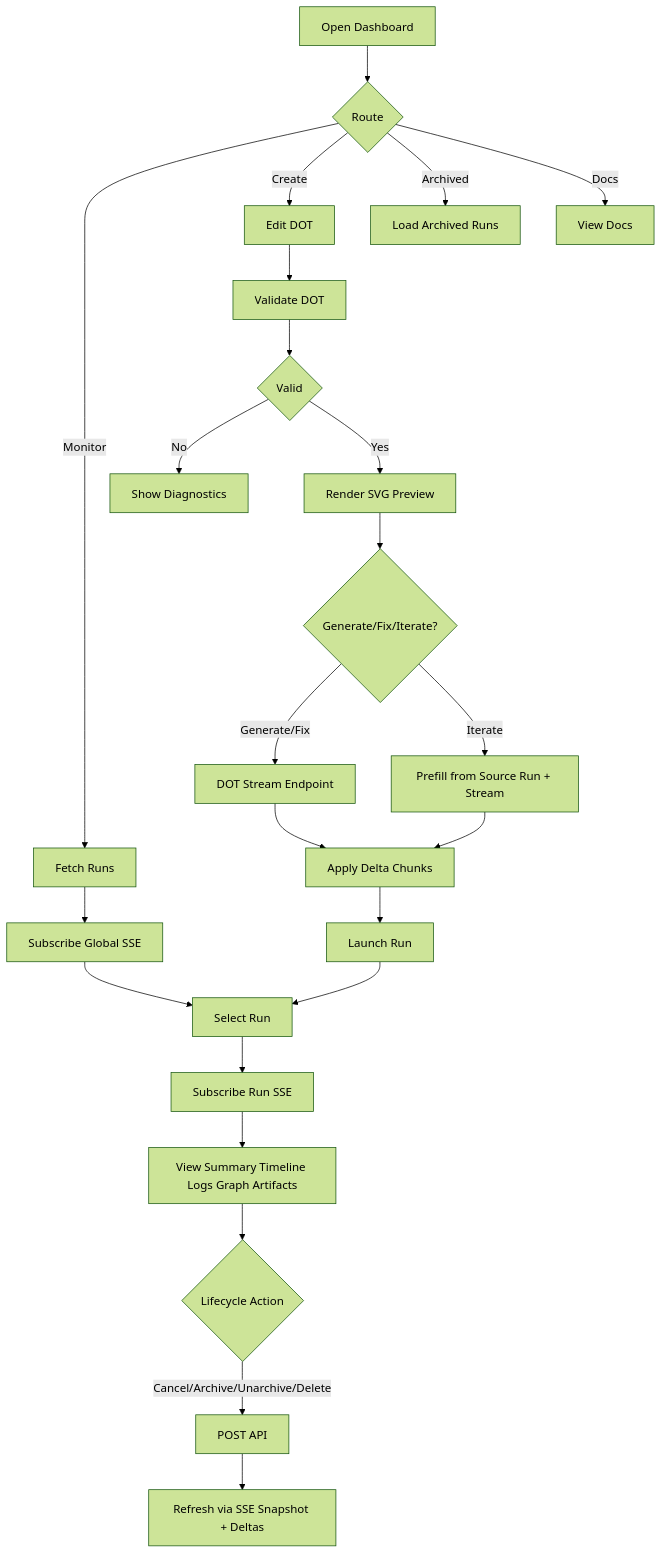
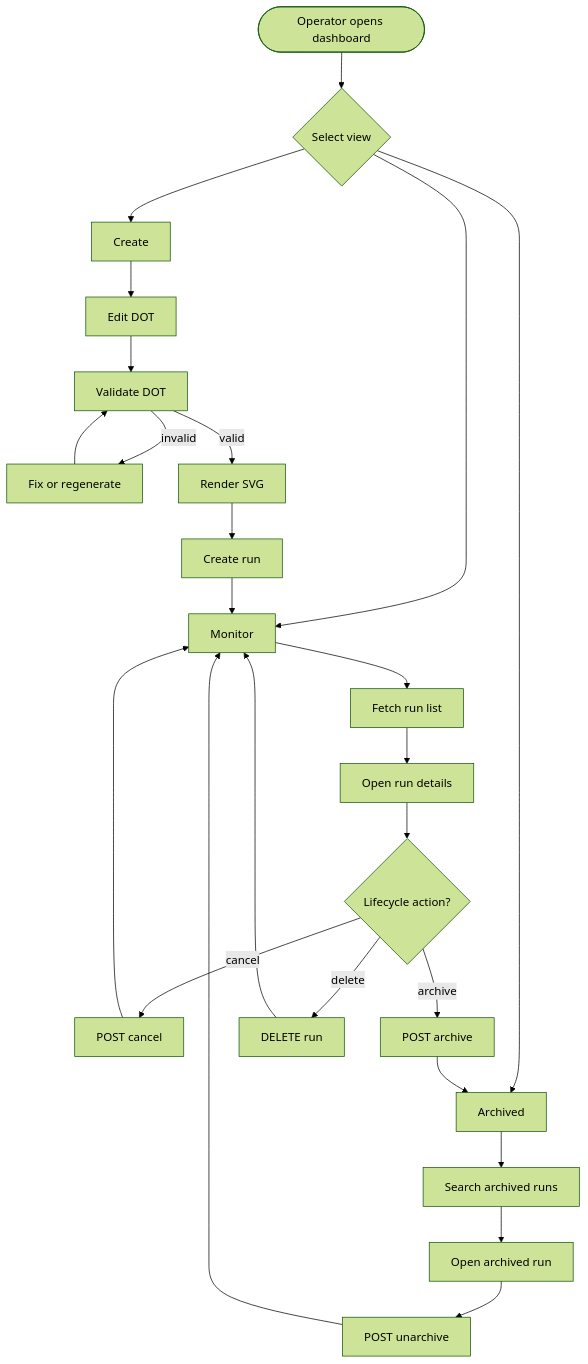
The third of 5 diagrams in docs/sprints/SPRINT-002-attractor-php-web-dashboard.md (jaytaylor/attractor-php), drawn with Mermaid (forest theme) before and after one commit. The commit also changed other lines of this file, not shown here.

````diff
--- a/docs/sprints/SPRINT-002-attractor-php-web-dashboard.md
+++ b/docs/sprints/SPRINT-002-attractor-php-web-dashboard.md
@@ -2876,28 +4682,30 @@
 ```mermaid
 flowchart TD
-    A[Open Dashboard] --> B{Route}
-    B -->|Monitor| C[Fetch Runs]
-    B -->|Create| D[Edit DOT]
-    B -->|Archived| E[Load Archived Runs]
-    B -->|Docs| F[View Docs]
+  start([Operator opens dashboard]) --> nav{Select view}
+  nav --> mon[Monitor]
+  nav --> create[Create]
+  nav --> arch[Archived]
 
-    C --> G[Subscribe Global SSE]
-    G --> H[Select Run]
-    H --> I[Subscribe Run SSE]
-    I --> J[View Summary Timeline Logs Graph Artifacts]
-    J --> K{Lifecycle Action}
-    K -->|Cancel/Archive/Unarchive/Delete| L[POST API]
-    L --> M[Refresh via SSE Snapshot + Deltas]
+  mon --> list[Fetch run list]
+  list --> detail[Open run details]
+  detail --> actions{Lifecycle action?}
+  actions -->|cancel| cancel[POST cancel]
+  actions -->|archive| archive[POST archive]
+  actions -->|delete| del[DELETE run]
+  cancel --> mon
+  archive --> arch
+  del --> mon
 
-    D --> N[Validate DOT]
-    N --> O{Valid}
-    O -->|No| P[Show Diagnostics]
-    O -->|Yes| Q[Render SVG Preview]
-    Q --> R{Generate/Fix/Iterate?}
-    R -->|Generate/Fix| S[DOT Stream Endpoint]
-    R -->|Iterate| T[Prefill from Source Run + Stream]
-    S --> U[Apply Delta Chunks]
-    T --> U
-    U --> V[Launch Run]
-    V --> H
+  create --> edit[Edit DOT]
+  edit --> validate[Validate DOT]
+  validate -->|invalid| fix[Fix or regenerate]
+  fix --> validate
+  validate -->|valid| render[Render SVG]
+  render --> launch[Create run]
+  launch --> mon
+
+  arch --> search[Search archived runs]
+  search --> open[Open archived run]
+  open --> unarchive[POST unarchive]
+  unarchive --> mon
 ```
````
